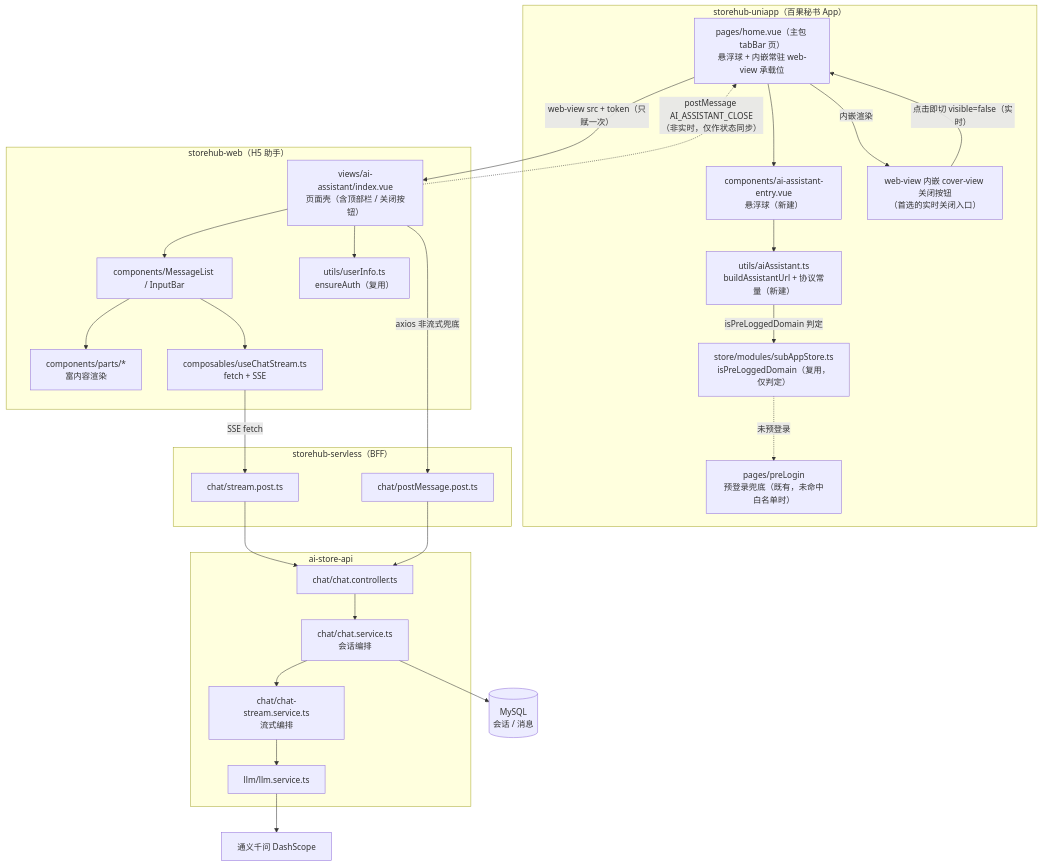
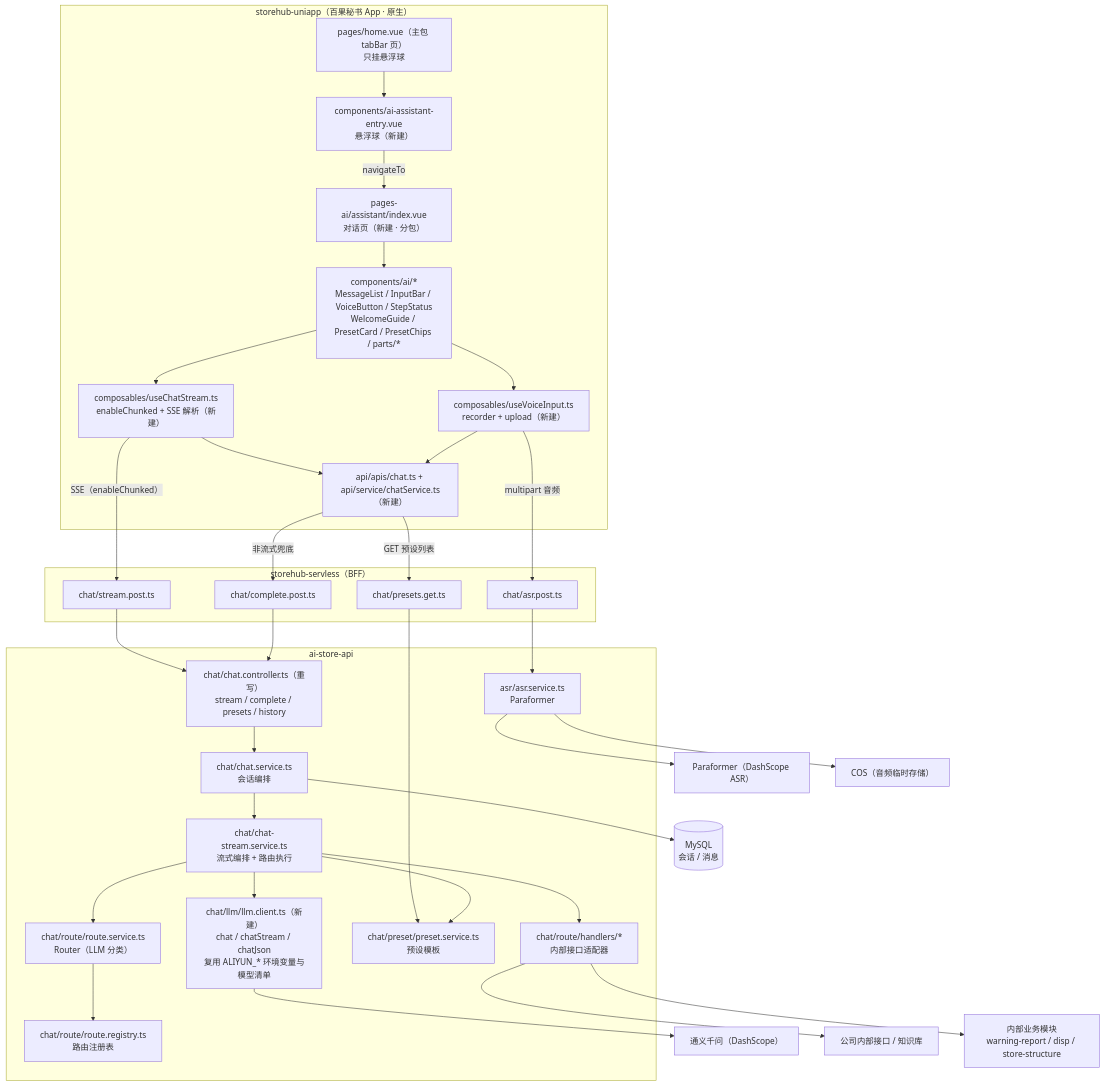
Before and after one commit to lixuanning/hubstoreTrellis: the sixth of 10 diagrams in docs/百果AI助手-模块设计.md, drawn with Mermaid. The commit also changed other lines of this file and 1 other file, not shown here.

````diff
--- a/docs/百果AI助手-模块设计.md
+++ b/docs/百果AI助手-模块设计.md
@@ -234,51 +294,64 @@
 ```mermaid
 flowchart TB
-  subgraph UNI["storehub-uniapp（百果秘书 App）"]
-    A1["pages/home.vue（主包 tabBar 页）<br/>悬浮球 + 内嵌常驻 web-view 承载位"]
+  subgraph UNI["storehub-uniapp（百果秘书 App · 原生）"]
+    A1["pages/home.vue（主包 tabBar 页）<br/>只挂悬浮球"]
     A2["components/ai-assistant-entry.vue<br/>悬浮球（新建）"]
-    A3["utils/aiAssistant.ts<br/>buildAssistantUrl + 协议常量（新建）"]
-    A4["store/modules/subAppStore.ts<br/>isPreLoggedDomain（复用，仅判定）"]
-    A5["pages/preLogin<br/>预登录兜底（既有，未命中白名单时）"]
-    A6["web-view 内嵌 cover-view 关闭按钮<br/>（首选的实时关闭入口）"]
-  end
-
-  subgraph WEB["storehub-web（H5 助手）"]
-    B1["views/ai-assistant/index.vue<br/>页面壳（含顶部栏 / 关闭按钮）"]
-    B2["components/MessageList / InputBar"]
-    B3["components/parts/*<br/>富内容渲染"]
-    B4["composables/useChatStream.ts<br/>fetch + SSE"]
-    B5["utils/userInfo.ts<br/>ensureAuth（复用）"]
+    A3["pages-ai/assistant/index.vue<br/>对话页（新建 · 分包）"]
+    A4["components/ai/*<br/>MessageList / InputBar / VoiceButton / StepStatus<br/>WelcomeGuide / PresetCard / PresetChips / parts/*"]
+    A5["composables/useChatStream.ts<br/>enableChunked + SSE 解析（新建）"]
+    A6["composables/useVoiceInput.ts<br/>recorder + upload（新建）"]
+    A7["api/apis/chat.ts + api/service/chatService.ts<br/>（新建）"]
   end
 
   subgraph SL["storehub-servless（BFF）"]
     C1["chat/stream.post.ts"]
-    C2["chat/postMessage.post.ts"]
+    C2["chat/complete.post.ts"]
+    C3["chat/asr.post.ts"]
+    C4["chat/presets.get.ts"]
   end
 
   subgraph AIAPI["ai-store-api"]
-    D1["chat/chat.controller.ts"]
+    D1["chat/chat.controller.ts（重写）<br/>stream / complete / presets / history"]
     D2["chat/chat.service.ts<br/>会话编排"]
-    D3["chat/chat-stream.service.ts<br/>流式编排"]
-    D4["llm/llm.service.ts"]
+    D3["chat/chat-stream.service.ts<br/>流式编排 + 路由执行"]
+    D4["chat/route/route.service.ts<br/>Router（LLM 分类）"]
+    D5["chat/route/route.registry.ts<br/>路由注册表"]
+    D6["chat/route/handlers/*<br/>内部接口适配器"]
+    D7["chat/preset/preset.service.ts<br/>预设模板"]
+    D8["asr/asr.service.ts<br/>Paraformer"]
+    D9["chat/llm/llm.client.ts（新建）<br/>chat / chatStream / chatJson<br/>复用 ALIYUN_* 环境变量与模型清单"]
   end
 
   E1[("MySQL<br/>会话 / 消息")]
-  F1["通义千问 DashScope"]
+  F1["通义千问（DashScope）"]
+  F2["Paraformer（DashScope ASR）"]
+  F3["公司内部接口 / 知识库"]
+  F4["内部业务模块<br/>warning-report / disp / store-structure"]
+  G1["COS（音频临时存储）"]
 
-  A1 --> A2 --> A3
-  A3 -->|"isPreLoggedDomain 判定"| A4
-  A4 -.->|"未预登录"| A5
-  A1 -->|"web-view src + token（只赋一次）"| B1
-  A1 -->|"内嵌渲染"| A6
-  A6 -->|"点击即切 visible=false（实时）"| A1
-  B1 -.->|"postMessage AI_ASSISTANT_CLOSE<br/>（非实时，仅作状态同步）"| A1
-  B1 --> B2 --> B3
-  B2 --> B4
-  B1 --> B5
-  B4 -->|"SSE fetch"| C1
-  B1 -->|"axios 非流式兜底"| C2
+  A1 --> A2
+  A2 -->|"navigateTo"| A3
+  A3 --> A4
+  A4 --> A5
+  A4 --> A6
+  A5 --> A7
+  A6 --> A7
+  A5 -->|"SSE（enableChunked）"| C1
+  A6 -->|"multipart 音频"| C3
+  A7 -->|"非流式兜底"| C2
+  A7 -->|"GET 预设列表"| C4
   C1 --> D1
   C2 --> D1
-  D1 --> D2 --> D3 --> D4 --> F1
+  C4 --> D7
+  C3 --> D8
+  D1 --> D2 --> D3
+  D3 --> D7
+  D3 --> D4 --> D5
+  D3 --> D6
+  D6 --> F3
+  D6 --> F4
+  D3 --> D9 --> F1
+  D8 --> F2
+  D8 --> G1
   D2 --> E1
 ```
````
